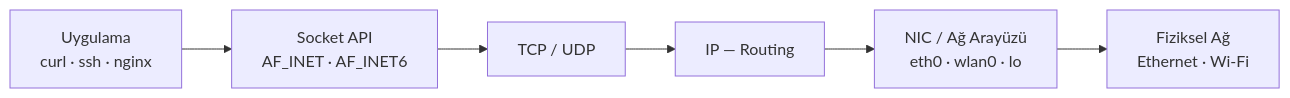
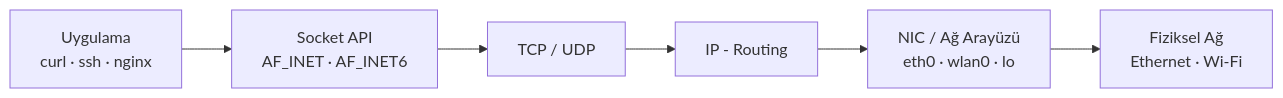
Before and after one commit to serkanMzlm/MechatronicsNotebook: the first of 2 diagrams in docs/md/linux/networking.md, drawn with Mermaid. The commit also changed other lines of this file and 121 other files, not shown here.

````diff
--- a/docs/md/linux/networking.md
+++ b/docs/md/linux/networking.md
@@ -6,8 +6,8 @@
 ```mermaid
 graph LR
     APP[Uygulama\ncurl · ssh · nginx] --> SOCKET[Socket API\nAF_INET · AF_INET6]
     SOCKET --> TCP_UDP[TCP / UDP]
-    TCP_UDP --> IP[IP — Routing]
+    TCP_UDP --> IP[IP - Routing]
     IP --> NIC[NIC / Ağ Arayüzü\neth0 · wlan0 · lo]
     NIC --> PHY[Fiziksel Ağ\nEthernet · Wi-Fi]
 ```
````
